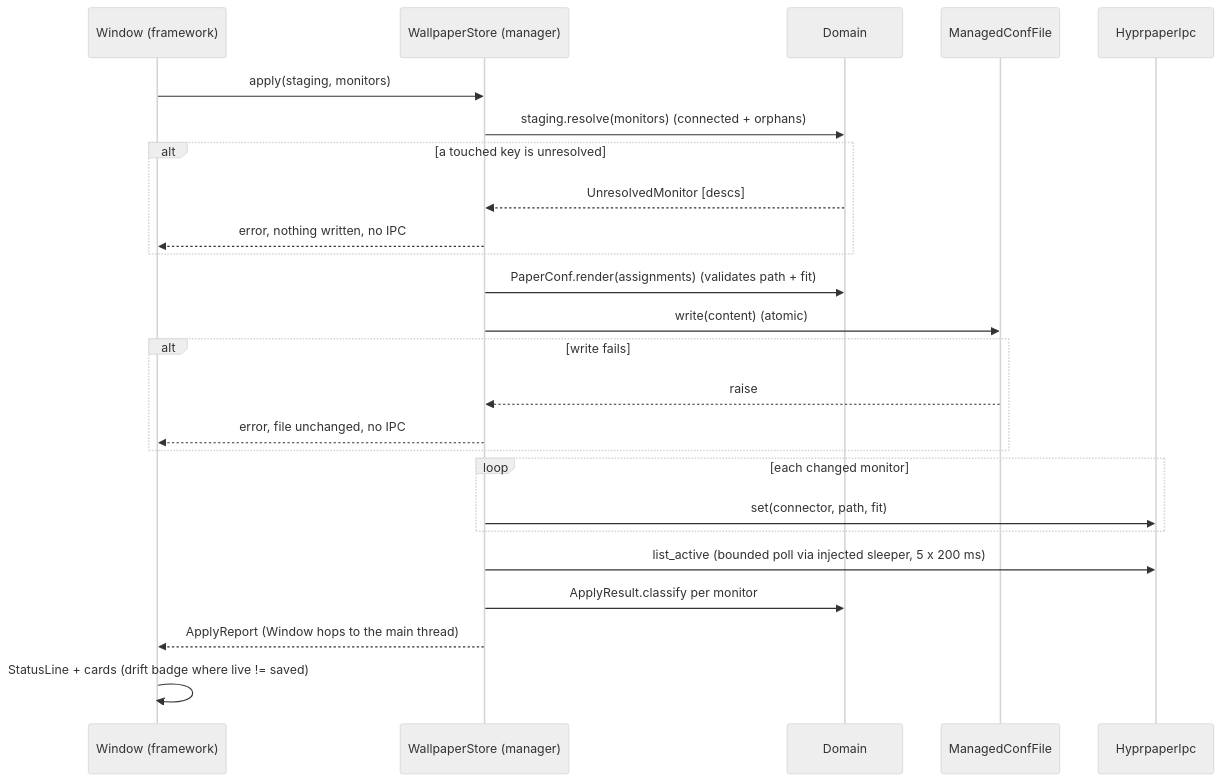
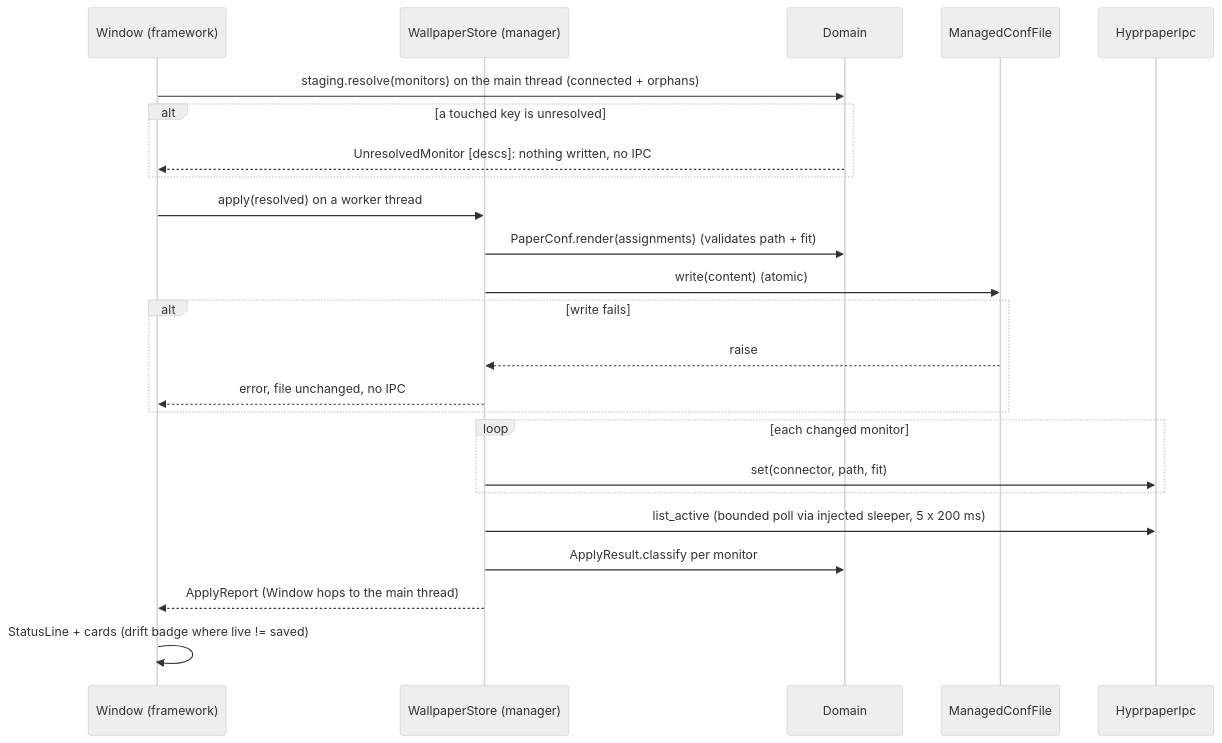
Before and after one commit to CJPoll/gtk-apps: the diagram in ai-artifacts/backdrop.md, drawn with Mermaid (neutral theme). The commit also changed other lines of this file, not shown here.

````diff
--- a/ai-artifacts/backdrop.md
+++ b/ai-artifacts/backdrop.md
@@ -215,27 +219,26 @@
 ```mermaid
 sequenceDiagram
   participant W as Window (framework)
   participant S as WallpaperStore (manager)
   participant D as Domain
   participant F as ManagedConfFile
   participant I as HyprpaperIpc
-  W->>S: apply(staging, monitors)
-  S->>D: staging.resolve(monitors) (connected + orphans)
+  W->>D: staging.resolve(monitors) on the main thread (connected + orphans)
   alt a touched key is unresolved
-    D-->>S: UnresolvedMonitor [descs]
-    S-->>W: error, nothing written, no IPC
+    D-->>W: UnresolvedMonitor [descs]: nothing written, no IPC
   end
+  W->>S: apply(resolved) on a worker thread
   S->>D: PaperConf.render(assignments) (validates path + fit)
   S->>F: write(content) (atomic)
   alt write fails
     F-->>S: raise
     S-->>W: error, file unchanged, no IPC
   end
   loop each changed monitor
     S->>I: set(connector, path, fit)
   end
   S->>I: list_active (bounded poll via injected sleeper, 5 x 200 ms)
   S->>D: ApplyResult.classify per monitor
   S-->>W: ApplyReport (Window hops to the main thread)
   W->>W: StatusLine + cards (drift badge where live != saved)
 ```
````
